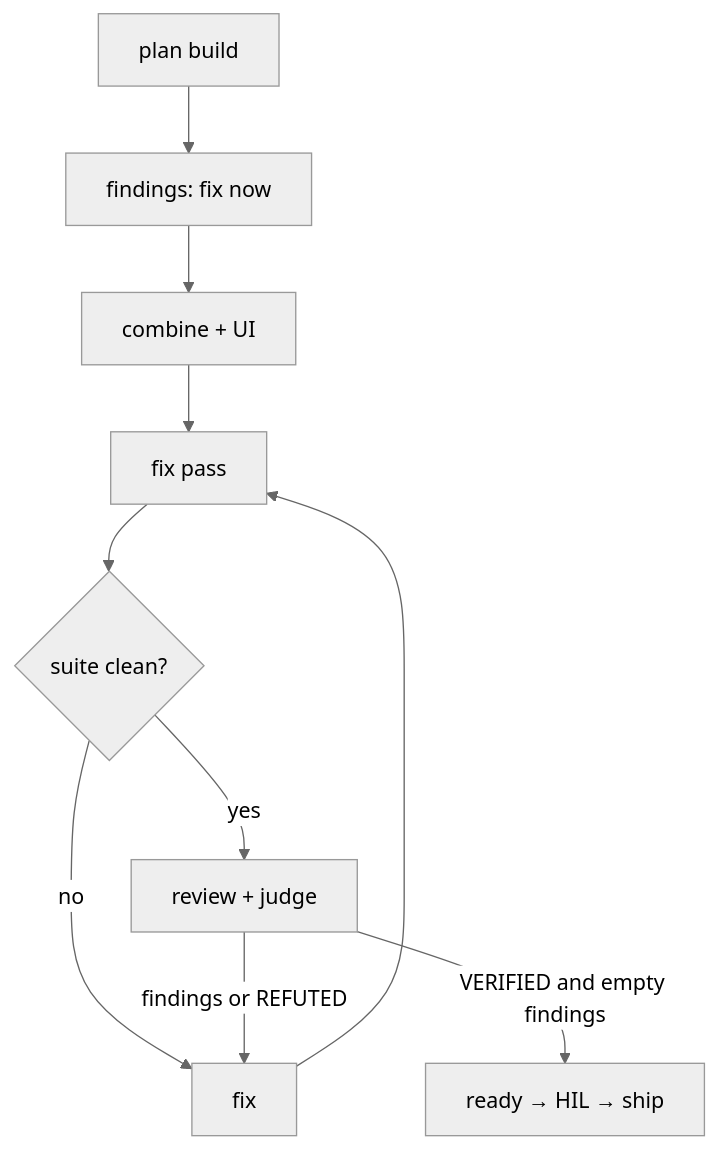
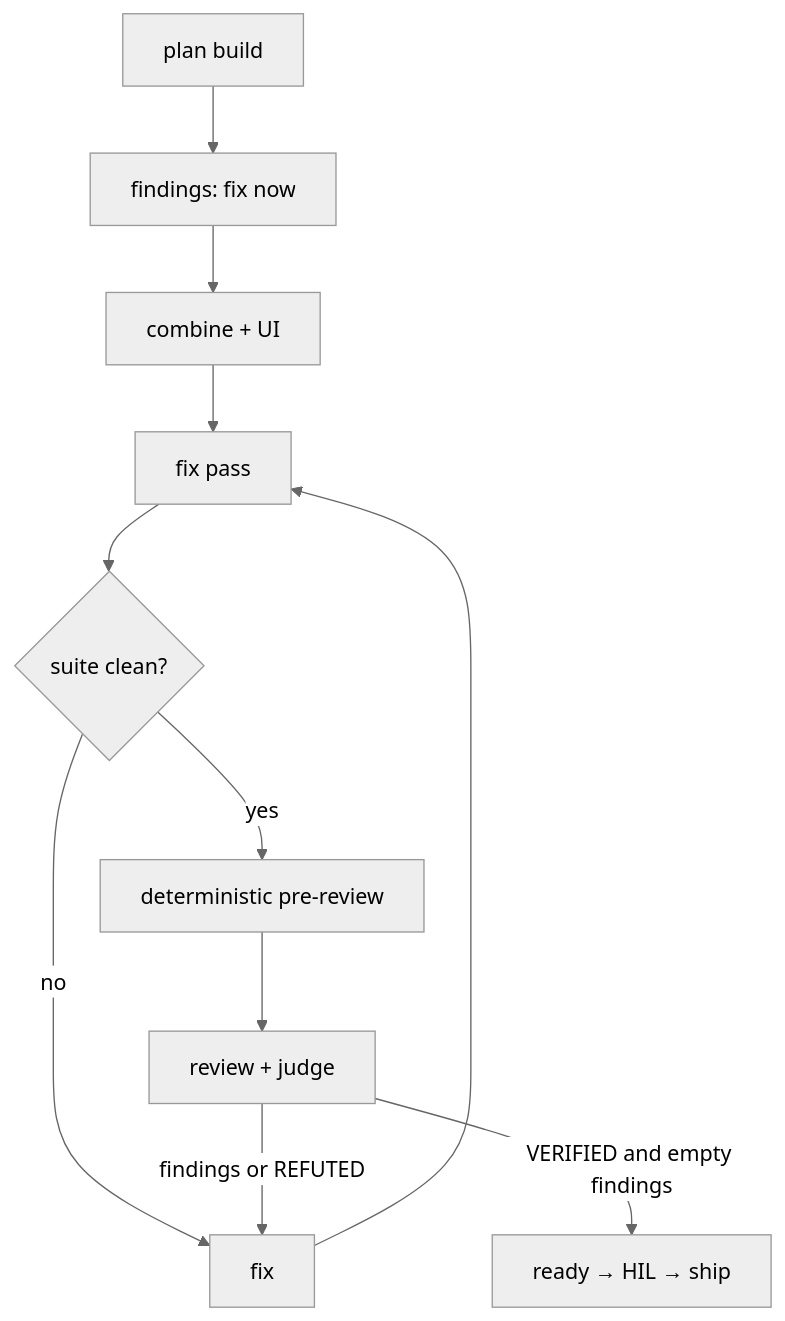
One commit to xiivthx/spacecraft changed the diagram in .cursor/skills/sc-run/SKILL.md. Above: the diagram before and after it, drawn with Mermaid (neutral theme). The commit also changed other lines of this file and 7 other files, not shown here.

````diff
--- a/.cursor/skills/sc-run/SKILL.md
+++ b/.cursor/skills/sc-run/SKILL.md
@@ -89,12 +90,13 @@
 ```mermaid
 flowchart TD
   A["plan build"] --> B["findings: fix now"]
   B --> C["combine + UI"]
   C --> D["fix pass"]
   D --> E{"suite clean?"}
   E -->|no| F["fix"]
   F --> D
-  E -->|yes| J["review + judge"]
+  E -->|yes| P["deterministic pre-review"]
+  P --> J["review + judge"]
   J -->|findings or REFUTED| F
   J -->|VERIFIED and empty findings| K["ready → HIL → ship"]
 ```
````
